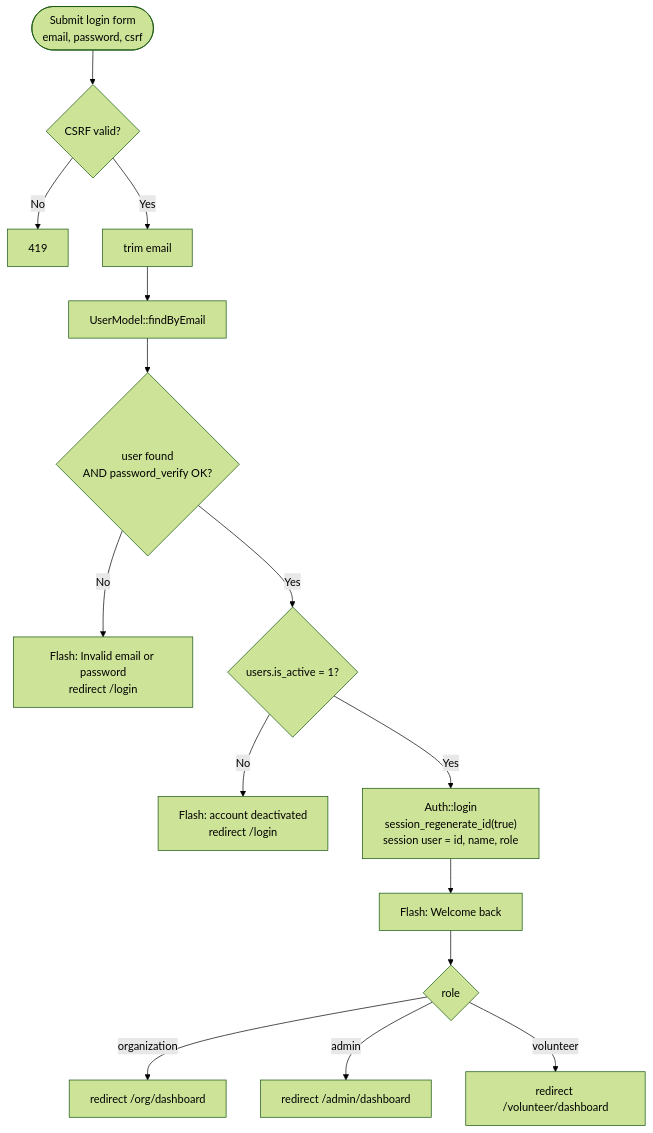
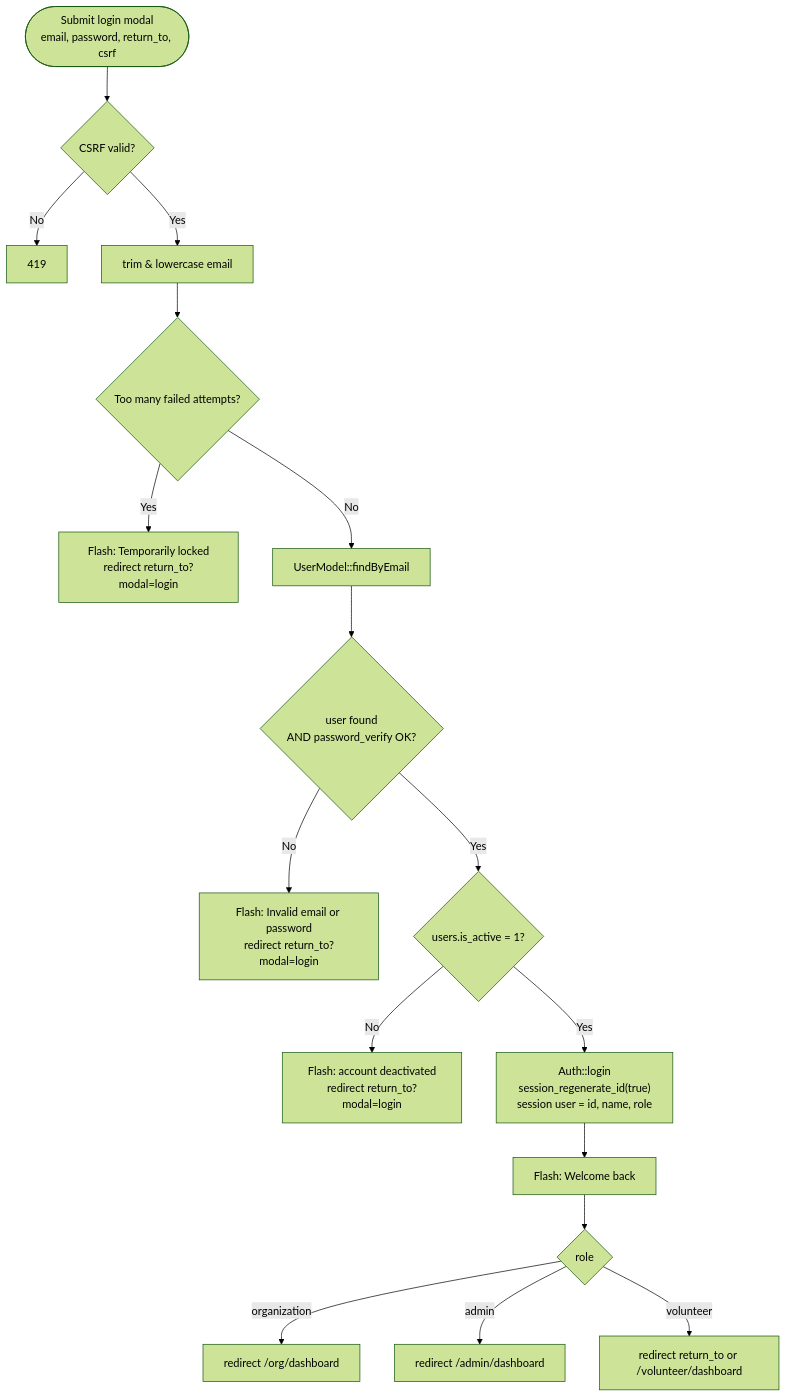
The fourth of 6 diagrams in docs/FLOW_AUTH.md (luoijin/HelpHive), drawn with Mermaid (forest theme) before and after one commit. The commit also changed other lines of this file and 14 other files, not shown here.

````diff
--- a/docs/FLOW_AUTH.md
+++ b/docs/FLOW_AUTH.md
@@ -89,17 +91,19 @@
 ```mermaid
 flowchart TD
-    A(["Submit login form<br/>email, password, csrf"]) --> B{"CSRF valid?"}
+    A(["Submit login modal<br/>email, password, return_to, csrf"]) --> B{"CSRF valid?"}
     B -- "No" --> B1["419"]
-    B -- "Yes" --> C["trim email"]
-    C --> D["UserModel::findByEmail"]
-    D --> E{"user found<br/>AND password_verify OK?"}
-    E -- "No" --> E1["Flash: Invalid email or password<br/>redirect /login"]
-    E -- "Yes" --> F{"users.is_active = 1?"}
-    F -- "No" --> F1["Flash: account deactivated<br/>redirect /login"]
-    F -- "Yes" --> G["Auth::login<br/>session_regenerate_id(true)<br/>session user = id, name, role"]
-    G --> H["Flash: Welcome back"]
-    H --> I{"role"}
-    I -- "organization" --> I1["redirect /org/dashboard"]
-    I -- "admin" --> I2["redirect /admin/dashboard"]
-    I -- "volunteer" --> I3["redirect /volunteer/dashboard"]
+    B -- "Yes" --> C["trim & lowercase email"]
+    C --> D{"Too many failed attempts?"}
+    D -- "Yes" --> D1["Flash: Temporarily locked<br/>redirect return_to?modal=login"]
+    D -- "No" --> E["UserModel::findByEmail"]
+    E --> F{"user found<br/>AND password_verify OK?"}
+    F -- "No" --> F1["Flash: Invalid email or password<br/>redirect return_to?modal=login"]
+    F -- "Yes" --> G{"users.is_active = 1?"}
+    G -- "No" --> G1["Flash: account deactivated<br/>redirect return_to?modal=login"]
+    G -- "Yes" --> H["Auth::login<br/>session_regenerate_id(true)<br/>session user = id, name, role"]
+    H --> I["Flash: Welcome back"]
+    I --> J{"role"}
+    J -- "organization" --> J1["redirect /org/dashboard"]
+    J -- "admin" --> J2["redirect /admin/dashboard"]
+    J -- "volunteer" --> J3["redirect return_to or /volunteer/dashboard"]
 ```
````
